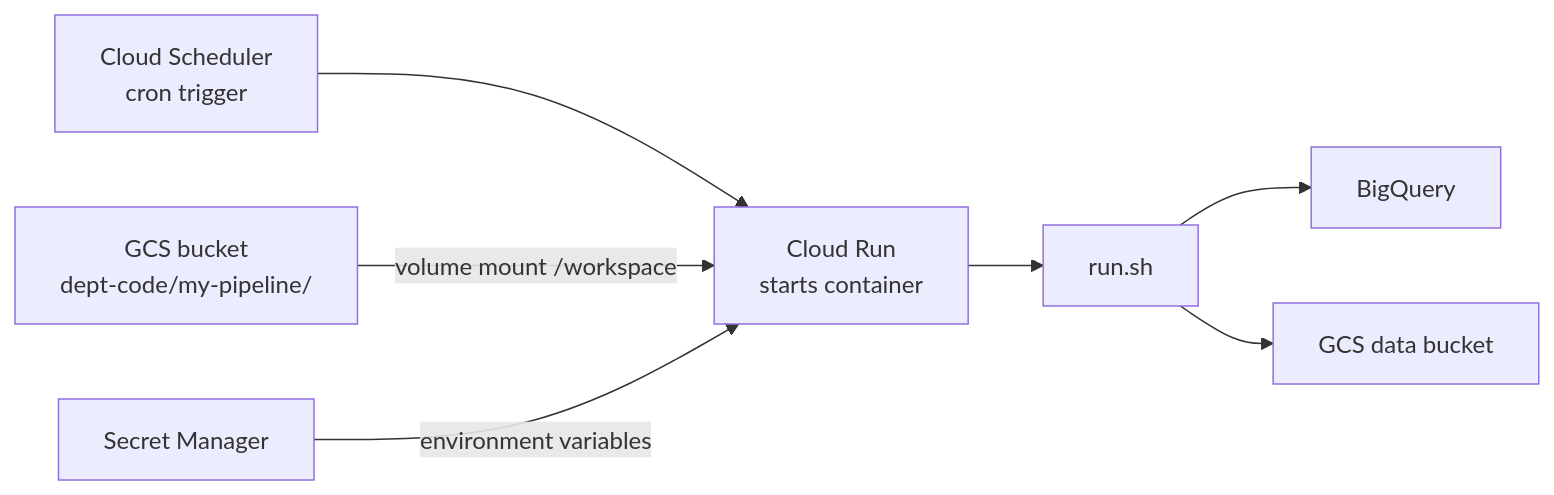
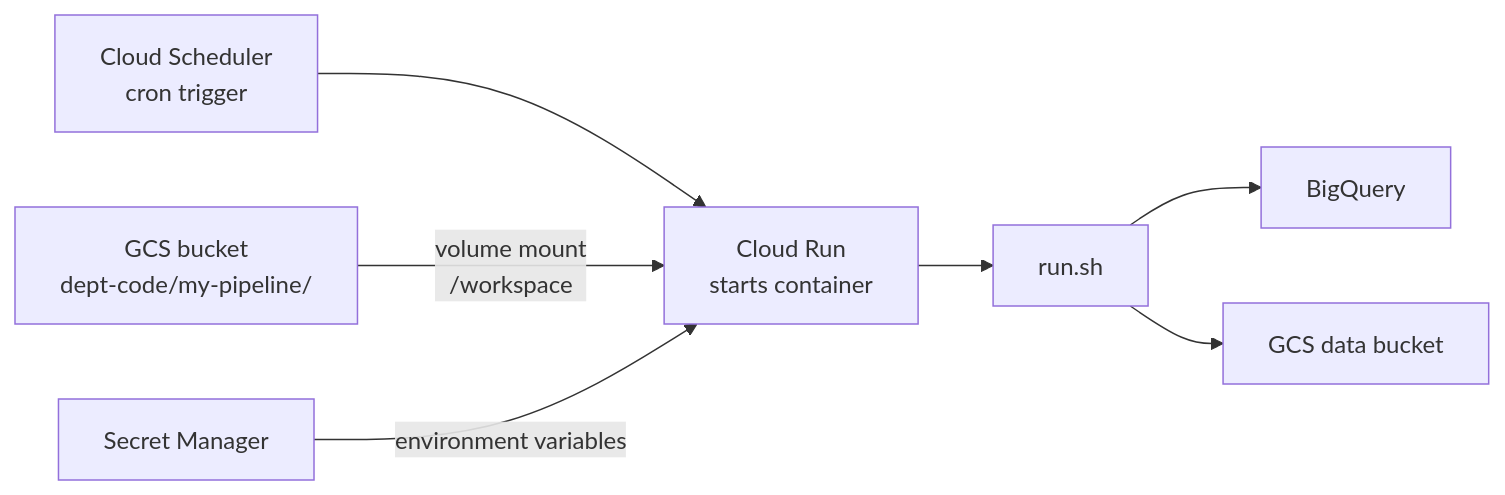
Before and after one commit to Ch3w3y/docker_gcp: the third of 3 diagrams in docs/architecture.md, drawn with Mermaid. The commit also changed other lines of this file and 7 other files, not shown here.

````diff
--- a/docs/architecture.md
+++ b/docs/architecture.md
@@ -147,9 +327,9 @@
 ```mermaid
 flowchart LR
-    A[Cloud Scheduler\ncron trigger] --> B[Cloud Run\nstarts container]
-    C[GCS bucket\ndept-code/my-pipeline/] -->|volume mount /workspace| B
-    D[Secret Manager] -->|environment variables| B
-    B --> E[run.sh]
-    E --> F[BigQuery]
-    E --> G[GCS data bucket]
+    A["Cloud Scheduler\ncron trigger"] --> B["Cloud Run\nstarts container"]
+    C["GCS bucket\ndept-code/my-pipeline/"] -->|"volume mount\n/workspace"| B
+    D["Secret Manager"] -->|environment variables| B
+    B --> E["run.sh"]
+    E --> F["BigQuery"]
+    E --> G["GCS data bucket"]
 ```
````
